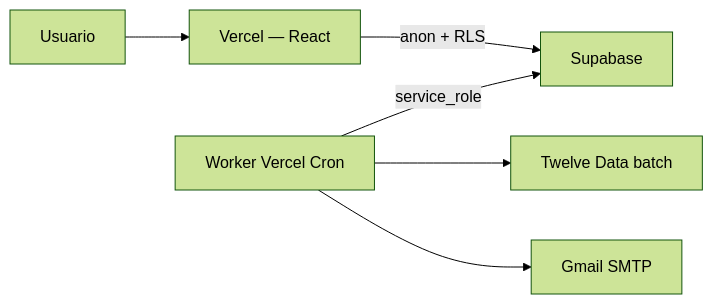
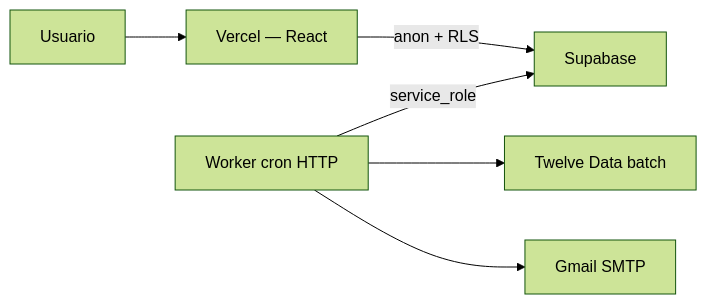
The second of 2 diagrams in docs/ARCHITECTURE.md (boshaftaf-rgb/finanzas-Alarma), drawn with Mermaid (forest theme) before and after one commit. The commit also changed other lines of this file and 18 other files, not shown here.

````diff
--- a/docs/ARCHITECTURE.md
+++ b/docs/ARCHITECTURE.md
@@ -312,8 +314,8 @@
 ```mermaid
 flowchart LR
     U[Usuario] --> V[Vercel — React]
     V -->|anon + RLS| S[Supabase]
-    W[Worker Vercel Cron] -->|service_role| S
+    W[Worker cron HTTP] -->|service_role| S
     W --> T[Twelve Data batch]
     W --> R[Gmail SMTP]
 ```
````
